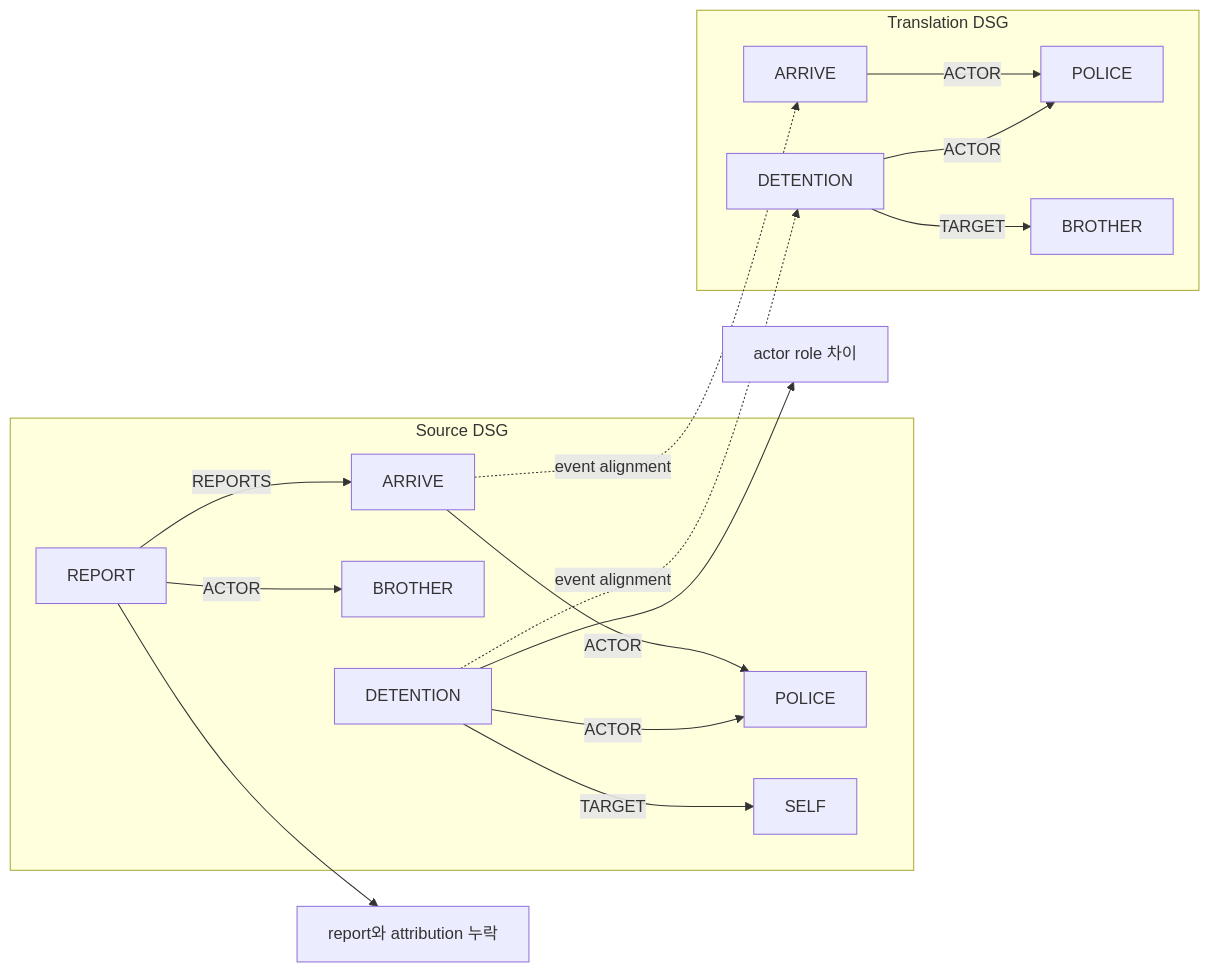
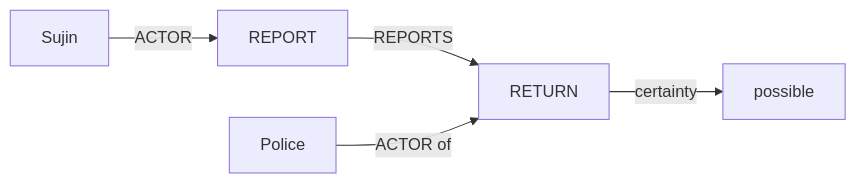
The diagram in experiments/verification/GRAPH_METHOD.md (woojin0220/2026-TechForImpact-DARI), drawn with Mermaid before and after one commit. The commit also changed other lines of this file and 6 other files, not shown here.

Commit message:
docs: redesign verification architecture around claim lineage

````diff
--- a/experiments/verification/GRAPH_METHOD.md
+++ b/experiments/verification/GRAPH_METHOD.md
@@ -245,21 +148,7 @@
 ```mermaid
 flowchart LR
-    subgraph SG[Source DSG]
-        SD[DETENTION] -->|ACTOR| SP[POLICE]
-        SD -->|TARGET| SS[SELF]
-        SR[REPORT] -->|ACTOR| SB[BROTHER]
-        SR -->|REPORTS| SA[ARRIVE]
-        SA -->|ACTOR| SP
-    end
-
-    subgraph TG[Translation DSG]
-        TD[DETENTION] -->|ACTOR| TP[POLICE]
-        TD -->|TARGET| TB[BROTHER]
-        TA[ARRIVE] -->|ACTOR| TP
-    end
-
-    SD -. event alignment .-> TD
-    SA -. event alignment .-> TA
-    SD --> D1[actor role 차이]
-    SR --> D2[report와 attribution 누락]
+    S[Sujin] -->|ACTOR| R[REPORT]
+    R -->|REPORTS| E[RETURN]
+    P[Police] -->|ACTOR of| E
+    E -->|certainty| Q[possible]
 ```
````
